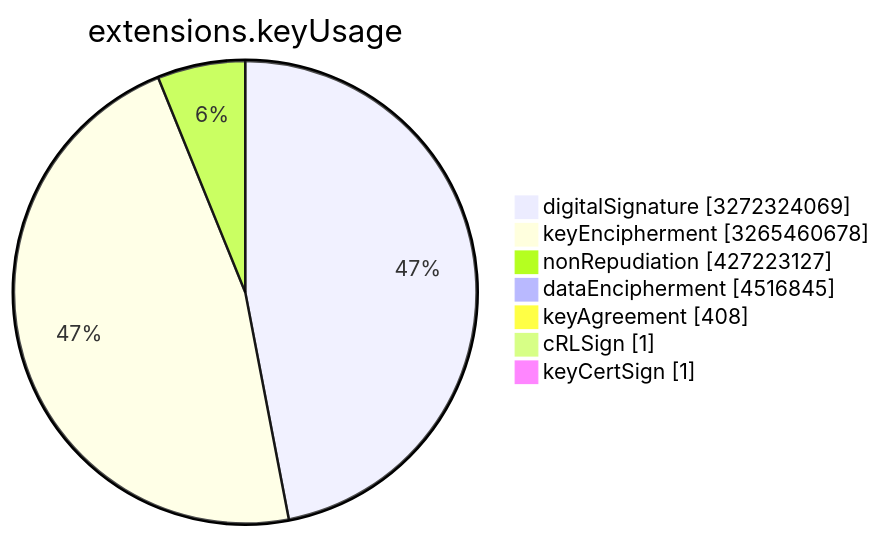
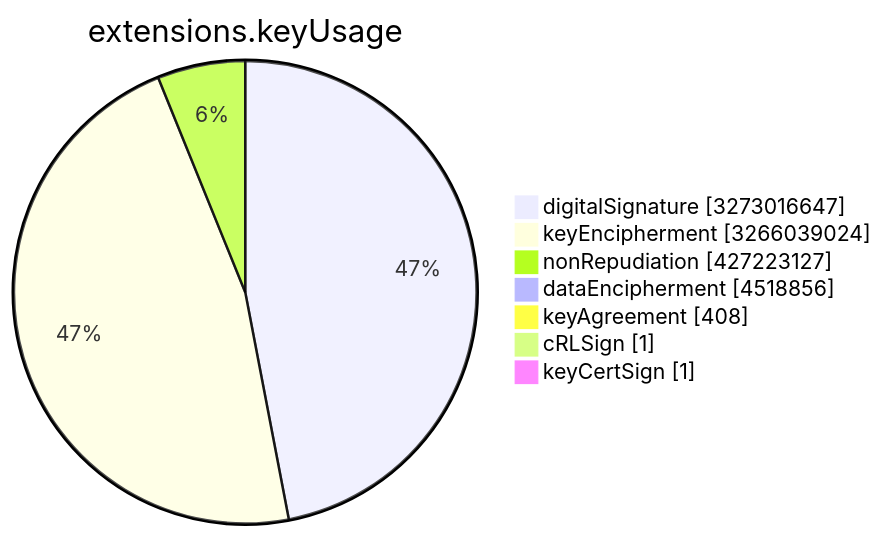
The sixth of 15 diagrams in TOTAL/README.md (christiankrug/ctmonitor_visualization), drawn with Mermaid before and after one commit. The commit also changed other lines of this file, not shown here.

````diff
--- a/TOTAL/README.md
+++ b/TOTAL/README.md
@@ -3078,11 +3078,11 @@
 ```mermaid
 pie showData
 title extensions.keyUsage
-"digitalSignature" :3272324069
-"keyEncipherment" :3265460678
+"digitalSignature" :3273016647
+"keyEncipherment" :3266039024
 "nonRepudiation" :427223127
-"dataEncipherment" :4516845
+"dataEncipherment" :4518856
 "keyAgreement" :408
 "cRLSign" :1
 "keyCertSign" :1
 ```
````
